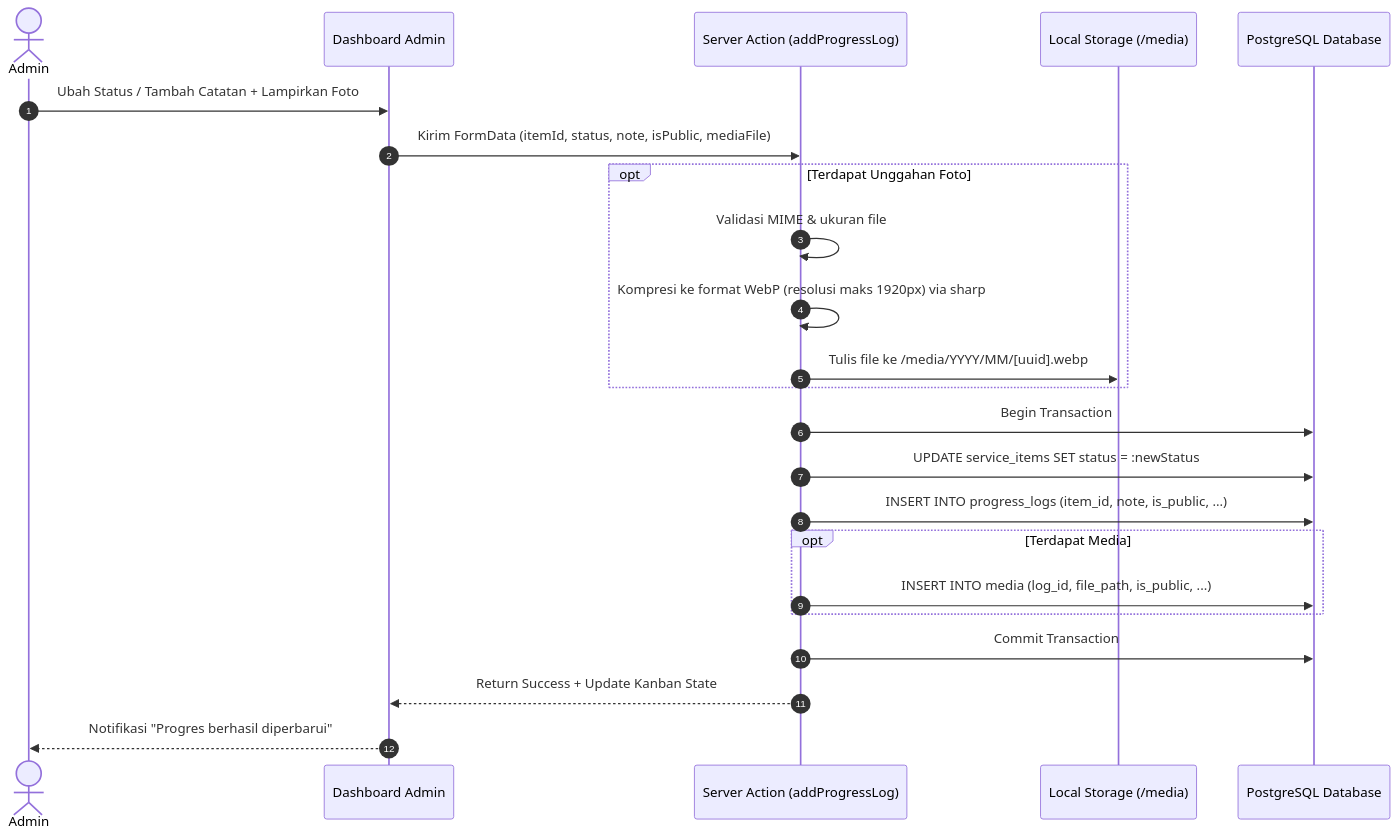
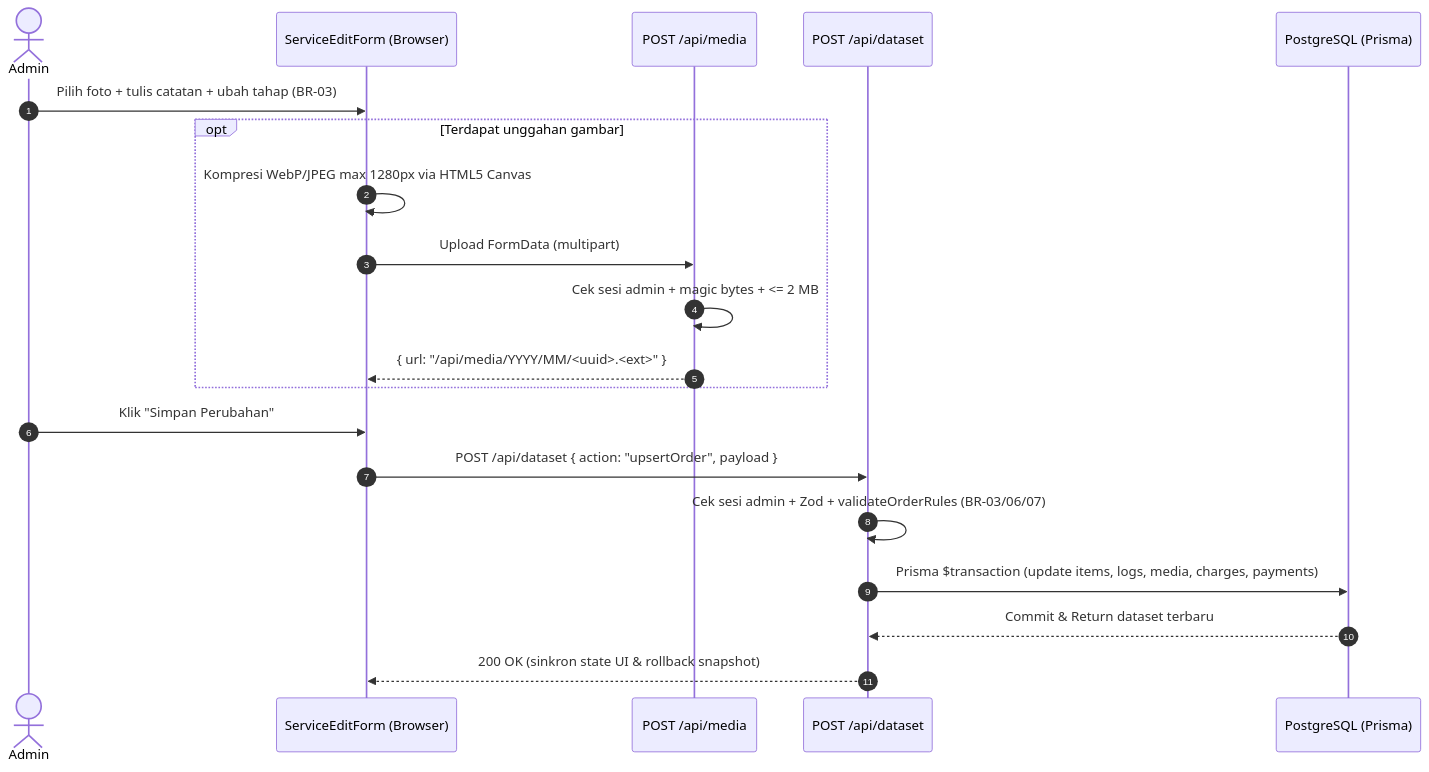
The third of 3 diagrams in docs/06-arsitektur.md (feb027/Capstone_Multitech), drawn with Mermaid before and after one commit. The commit also changed other lines of this file and 13 other files, not shown here.

Commit message:
docs(capstone): sync specifications, add Mermaid architecture diagrams, UNSIL report materials, and comprehensive README

````diff
--- a/docs/06-arsitektur.md
+++ b/docs/06-arsitektur.md
@@ -139,29 +109,23 @@
 ```mermaid
 sequenceDiagram
     autonumber
     actor A as Admin
-    participant UI as Dashboard Admin
-    participant SA as Server Action (addProgressLog)
-    participant FS as Local Storage (/media)
-    participant DB as PostgreSQL Database
+    participant UI as ServiceEditForm (Browser)
+    participant MEDIA as POST /api/media
+    participant API as POST /api/dataset
+    participant PG as PostgreSQL (Prisma)
 
-    A->>UI: Ubah Status / Tambah Catatan + Lampirkan Foto
-    UI->>SA: Kirim FormData (itemId, status, note, isPublic, mediaFile)
-    
-    opt Terdapat Unggahan Foto
-        SA->>SA: Validasi MIME & ukuran file
-        SA->>SA: Kompresi ke format WebP (resolusi maks 1920px) via sharp
-        SA->>FS: Tulis file ke /media/YYYY/MM/[uuid].webp
+    A->>UI: Pilih foto + tulis catatan + ubah tahap (BR-03)
+    opt Terdapat unggahan gambar
+        UI->>UI: Kompresi WebP/JPEG max 1280px via HTML5 Canvas
+        UI->>MEDIA: Upload FormData (multipart)
+        MEDIA->>MEDIA: Cek sesi admin + magic bytes + <= 2 MB
+        MEDIA-->>UI: { url: "/api/media/YYYY/MM/<uuid>.<ext>" }
     end
-
-    SA->>DB: Begin Transaction
-    SA->>DB: UPDATE service_items SET status = :newStatus
-    SA->>DB: INSERT INTO progress_logs (item_id, note, is_public, ...)
-    opt Terdapat Media
-        SA->>DB: INSERT INTO media (log_id, file_path, is_public, ...)
-    end
-    SA->>DB: Commit Transaction
-
-    SA-->>UI: Return Success + Update Kanban State
-    UI-->>A: Notifikasi "Progres berhasil diperbarui"
+    A->>UI: Klik "Simpan Perubahan"
+    UI->>API: POST /api/dataset { action: "upsertOrder", payload }
+    API->>API: Cek sesi admin + Zod + validateOrderRules (BR-03/06/07)
+    API->>PG: Prisma $transaction (update items, logs, media, charges, payments)
+    PG-->>API: Commit & Return dataset terbaru
+    API-->>UI: 200 OK (sinkron state UI & rollback snapshot)
 ```
````
